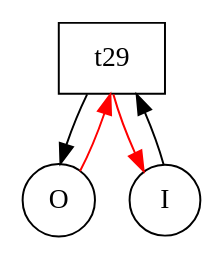
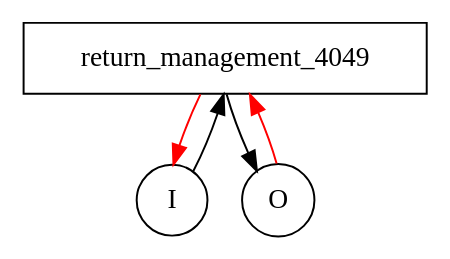
One commit to nricci/YAWL2FSP changed the diagram in output/return_management.dot. Above: the diagram before and after it, drawn with Graphviz. The commit also changed 35 other files, not shown here.

```diff
--- a/output/return_management.dot
+++ b/output/return_management.dot
@@ -1,14 +1,14 @@
 digraph {
 	// RETURN_MANAGEMENT
 
 	// Elements
-	t29 [shape=box];
-	c13 [shape=circle][label=O];
-	c1 [shape=circle][label=I];
+	return_management_4049 [shape=box];
+	inputcondition_4047 [shape=circle][label=I];
+	outputcondition_4048 [shape=circle][label=O];
 
 	// Arrows
-	c1->t29;
-	t29->c13;
-	t29->c1[color=red];
-	c13->t29[color=red];
+	inputcondition_4047->return_management_4049;
+	return_management_4049->outputcondition_4048;
+	return_management_4049->inputcondition_4047[color=red];
+	outputcondition_4048->return_management_4049[color=red];
 }
```
